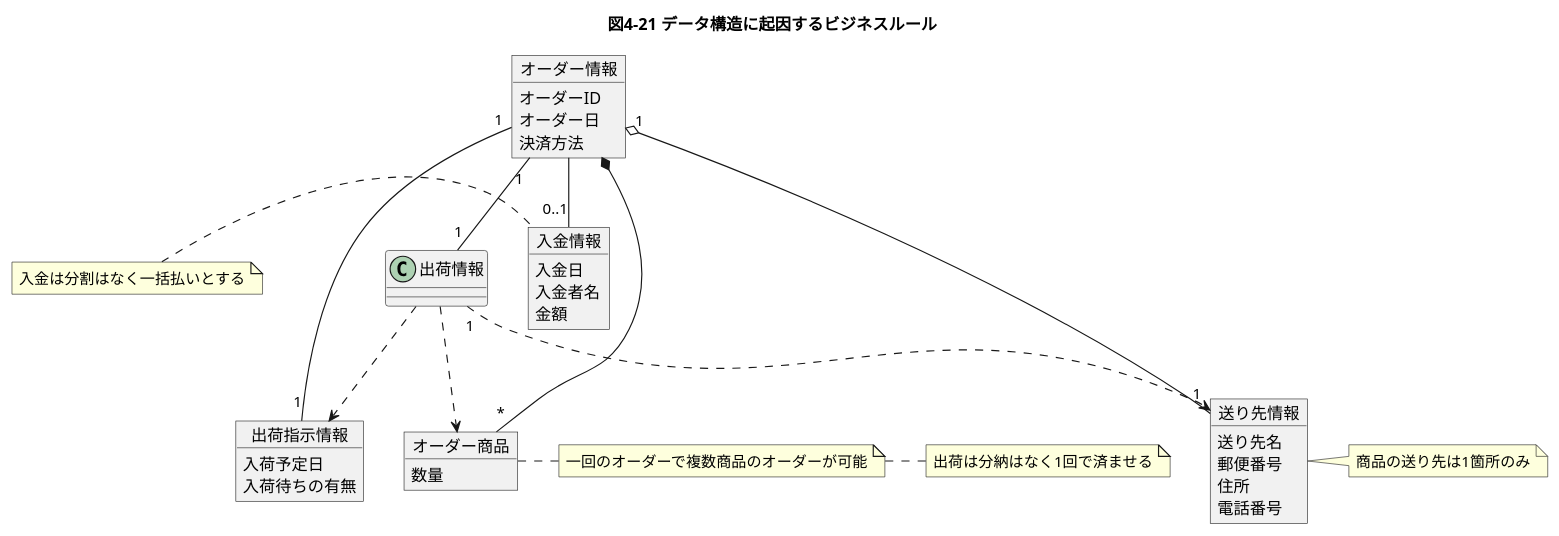
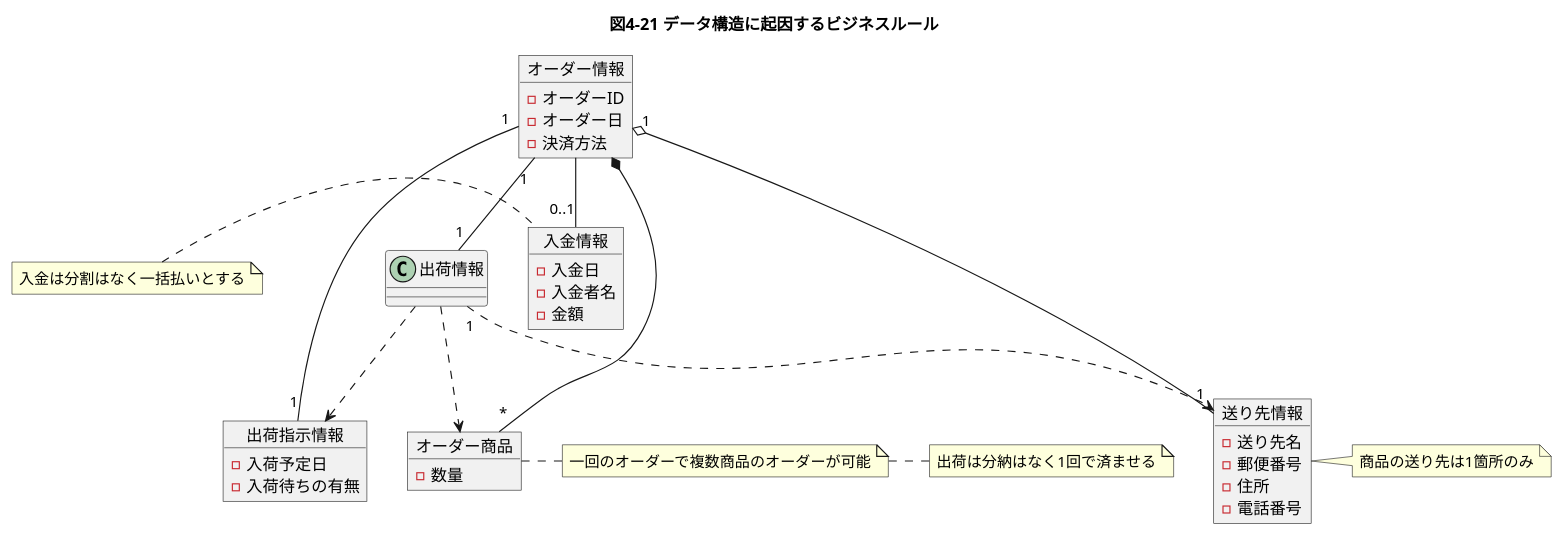
Before and after one commit to eyasuyuki/rdra-example: the diagram in chap04/4-21.puml, drawn with PlantUML. The commit also changed 16 other files, not shown here.

```diff
--- a/chap04/4-21.puml
+++ b/chap04/4-21.puml
@@ -1,38 +1,38 @@
 @startuml
 title 図4-21 データ構造に起因するビジネスルール
 object 入金情報 {
-    入金日
-    入金者名
-    金額
+    - 入金日
+    - 入金者名
+    - 金額
 }
 note left: 入金は分割はなく一括払いとする
 object オーダー情報 {
-    オーダーID
-    オーダー日
-    決済方法
+    - オーダーID
+    - オーダー日
+    - 決済方法
 }
 object 出荷指示情報 {
-    入荷予定日
-    入荷待ちの有無
+    - 入荷予定日
+    - 入荷待ちの有無
 }
 object 送り先情報 {
-    送り先名
-    郵便番号
-    住所
-    電話番号
+    - 送り先名
+    - 郵便番号
+    - 住所
+    - 電話番号
 }
 note right: 商品の送り先は1箇所のみ
 object オーダー商品 {
-    数量
+    - 数量
 }
 note right: 一回のオーダーで複数商品のオーダーが可能
 note right: 出荷は分納はなく1回で済ませる
 オーダー情報 --"0..1" 入金情報
 オーダー情報 "1"--"1" 出荷指示情報
 オーダー情報 "1"--"1" 出荷情報
 オーダー情報 "1" o--"1" 送り先情報
 出荷情報 ..> 出荷指示情報
 出荷情報 "1" ..> 送り先情報
 出荷情報 ..> オーダー商品
 オーダー商品 "*" --* オーダー情報
 @enduml
```
